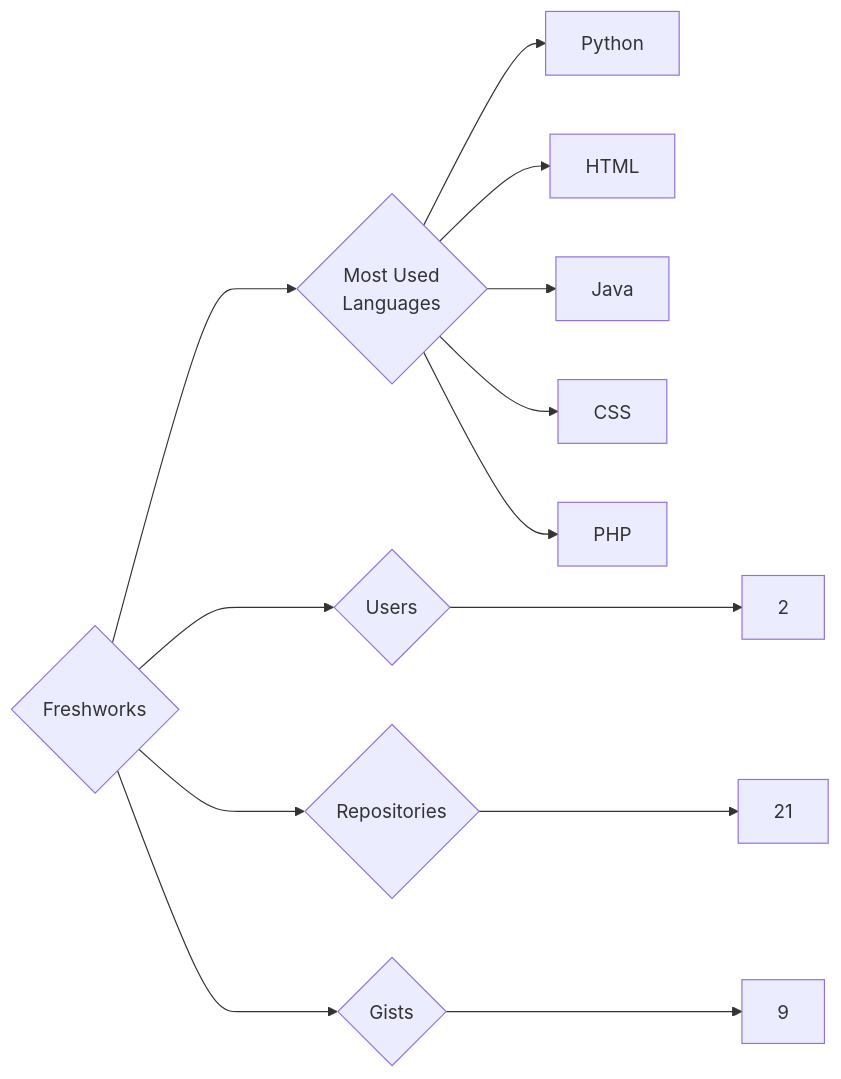
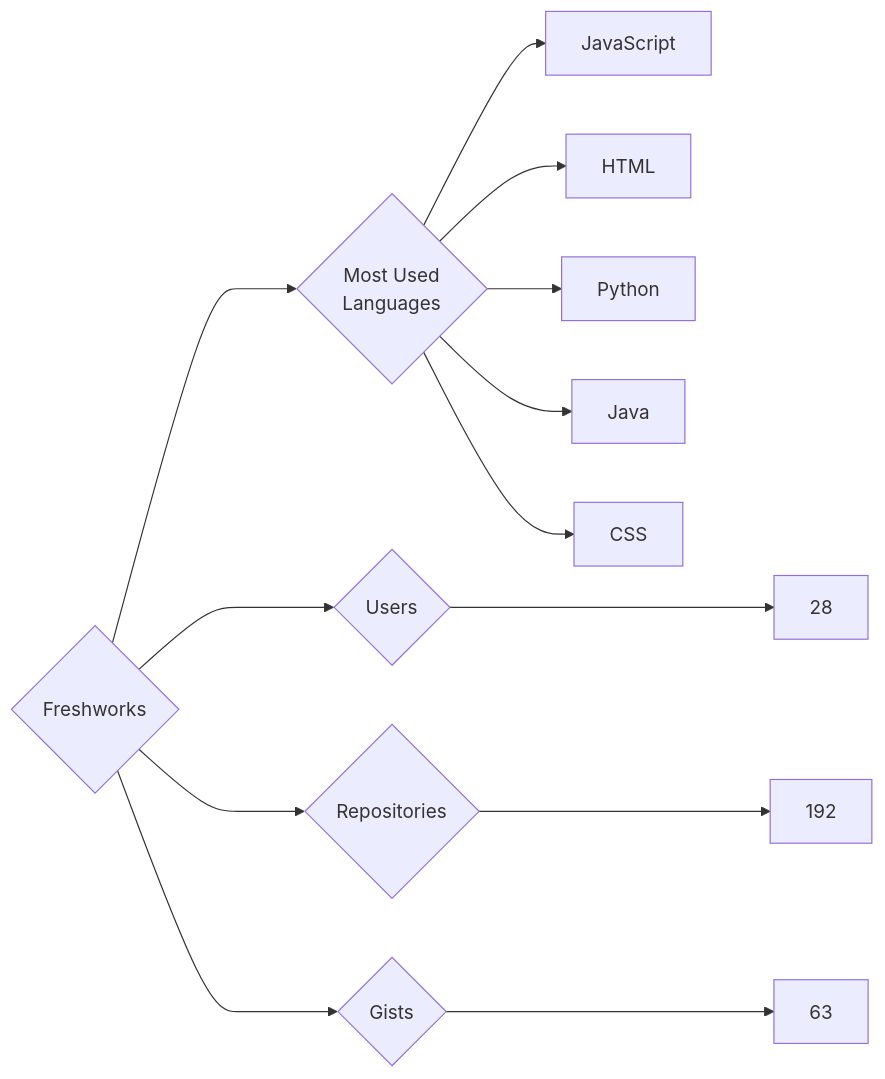
One commit to trickest/insiders changed the diagram in targets/Freshworks/README.md. Above: the diagram before and after it, drawn with Mermaid. The commit also changed 639 other files, not shown here.

````diff
--- a/targets/Freshworks/README.md
+++ b/targets/Freshworks/README.md
@@ -3,13 +3,13 @@
 ```mermaid
 graph LR
 COMPANY_NAME{Freshworks}
-COMPANY_NAME ---> U{Users} ---> UN[2]
-COMPANY_NAME ---> R{Repositories} ---> RN[21]
-COMPANY_NAME ---> G{Gists} ---> GN[9]
+COMPANY_NAME ---> U{Users} ---> UN[28]
+COMPANY_NAME ---> R{Repositories} ---> RN[192]
+COMPANY_NAME ---> G{Gists} ---> GN[63]
 COMPANY_NAME ---> ML{Most Used<br>Languages}
+ML --> JavaScript[JavaScript]
+ML --> HTML[HTML]
 ML --> Python[Python]
-ML --> HTML[HTML]
 ML --> Java[Java]
 ML --> CSS[CSS]
-ML --> PHP[PHP]
 ```
````
